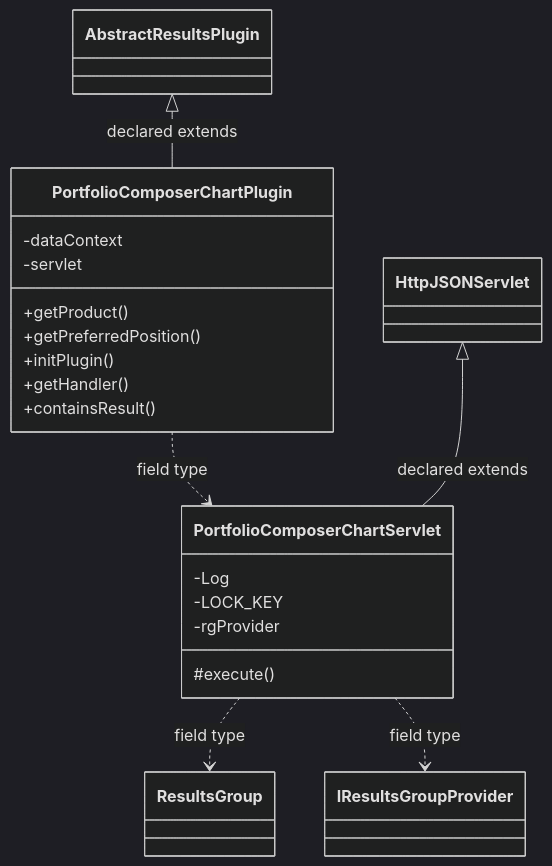
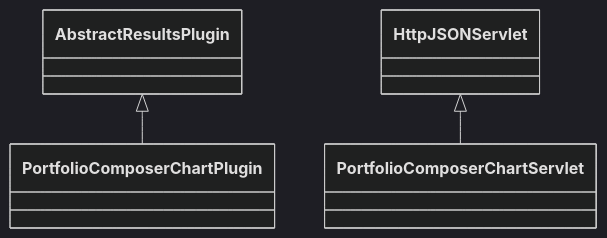
Before and after one commit to haruperi/HaruQuantAI: the diagram in docs/sqx/PortfolioComposer/ResultsPortfolioComposerChart.md, drawn with Mermaid (dark theme). The commit also changed other lines of this file and 1688 other files, not shown here.

````diff
--- a/docs/sqx/PortfolioComposer/ResultsPortfolioComposerChart.md
+++ b/docs/sqx/PortfolioComposer/ResultsPortfolioComposerChart.md
@@ -30,27 +26,9 @@
 ```mermaid
 classDiagram
-    class Cac500c404801["PortfolioComposerChartPlugin"] {
-        -dataContext
-        -servlet
-        +getProduct()
-        +getPreferredPosition()
-        +initPlugin()
-        +getHandler()
-        +containsResult()
-    }
-    class C1b7e3d9be3b3["PortfolioComposerChartServlet"] {
-        -Log
-        -LOCK_KEY
-        -rgProvider
-        #execute()
-    }
-    class C81fcbc41b716["ResultsGroup"]
-    class C180e0c3f58c3["AbstractResultsPlugin"]
-    class C9ceba9ba4bac["IResultsGroupProvider"]
-    class C8900f90ae594["HttpJSONServlet"]
-    C180e0c3f58c3 <|-- Cac500c404801 : declared extends
-    Cac500c404801 ..> C1b7e3d9be3b3 : field type
-    C8900f90ae594 <|-- C1b7e3d9be3b3 : declared extends
-    C1b7e3d9be3b3 ..> C81fcbc41b716 : field type
-    C1b7e3d9be3b3 ..> C9ceba9ba4bac : field type
+    class C0["PortfolioComposerChartPlugin"]
+    class C1["PortfolioComposerChartServlet"]
+    class E0["AbstractResultsPlugin"]
+    E0 <|-- C0
+    class E1["HttpJSONServlet"]
+    E1 <|-- C1
 ```
````
